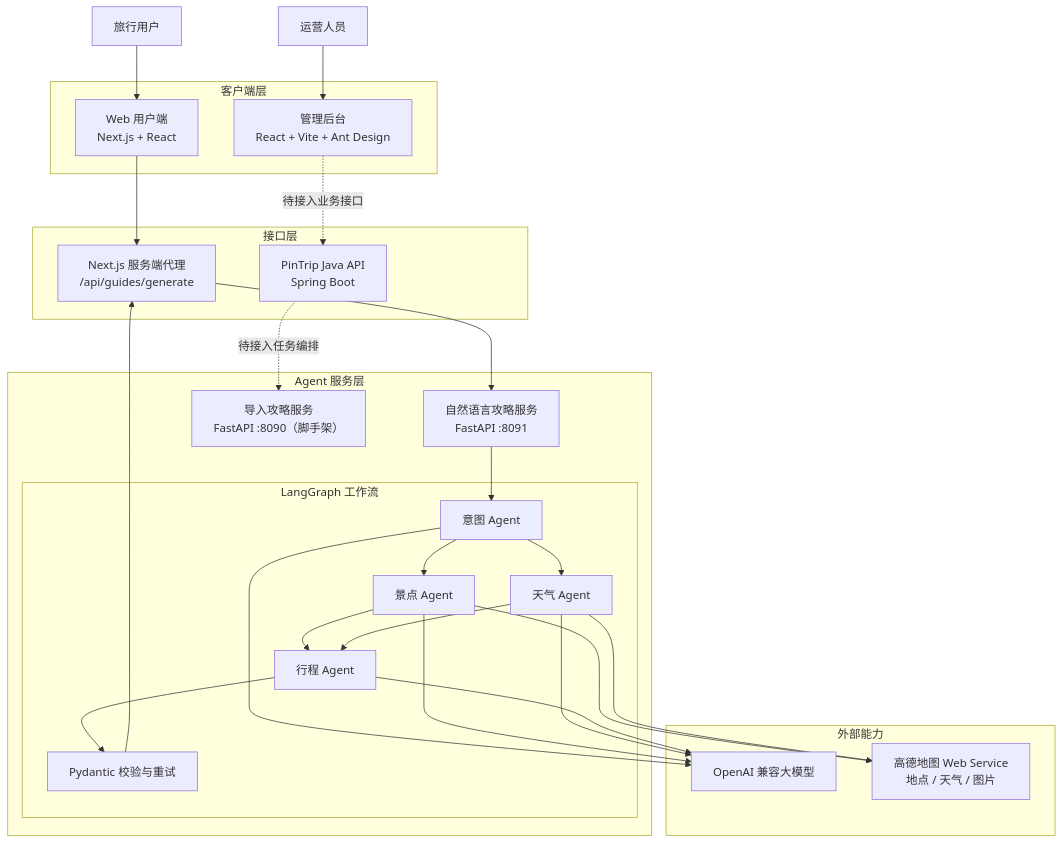
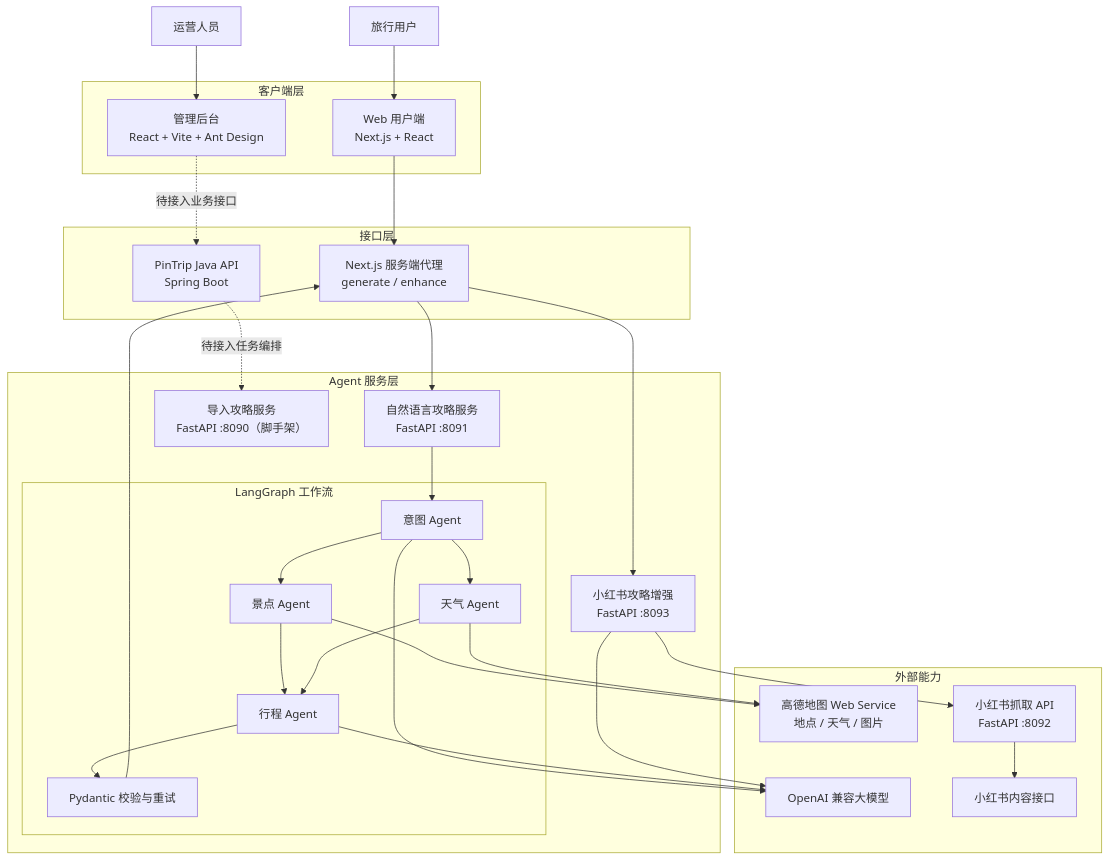
One commit to coderbruis/PinTrip changed the first of 2 diagrams in README.md. Above: the diagram before and after it, drawn with Mermaid. The commit also changed other lines of this file and 54 other files, not shown here.

````diff
--- a/README.md
+++ b/README.md
@@ -32,54 +32,59 @@
 ```mermaid
 flowchart TB
     USER["旅行用户"]
     OPERATOR["运营人员"]
     subgraph Client["客户端层"]
         WEB["Web 用户端<br/>Next.js + React"]
         ADMIN["管理后台<br/>React + Vite + Ant Design"]
     end
 
     subgraph Gateway["接口层"]
-        WEB_API["Next.js 服务端代理<br/>/api/guides/generate"]
+        WEB_API["Next.js 服务端代理<br/>generate / enhance"]
         JAVA_API["PinTrip Java API<br/>Spring Boot"]
     end
 
     subgraph AgentServices["Agent 服务层"]
         NATURAL["自然语言攻略服务<br/>FastAPI :8091"]
+        XHS_AGENT["小红书攻略增强<br/>FastAPI :8093"]
         IMPORT["导入攻略服务<br/>FastAPI :8090（脚手架）"]
 
         subgraph Workflow["LangGraph 工作流"]
             INTENT["意图 Agent"]
             ATTRACTION["景点 Agent"]
             WEATHER["天气 Agent"]
             ITINERARY["行程 Agent"]
             VALIDATE["Pydantic 校验与重试"]
         end
     end
 
     subgraph External["外部能力"]
         LLM["OpenAI 兼容大模型"]
         AMAP["高德地图 Web Service<br/>地点 / 天气 / 图片"]
+        CRAWLER["小红书抓取 API<br/>FastAPI :8092"]
+        XHS["小红书内容接口"]
     end
 
     USER --> WEB
     WEB --> WEB_API
     WEB_API --> NATURAL
+    WEB_API --> XHS_AGENT
     NATURAL --> INTENT
     INTENT --> ATTRACTION
     INTENT --> WEATHER
     ATTRACTION --> ITINERARY
     WEATHER --> ITINERARY
     ITINERARY --> VALIDATE
     VALIDATE --> WEB_API
 
     INTENT --> LLM
-    ATTRACTION --> LLM
-    WEATHER --> LLM
     ITINERARY --> LLM
+    XHS_AGENT --> LLM
+    XHS_AGENT --> CRAWLER
+    CRAWLER --> XHS
     ATTRACTION --> AMAP
     WEATHER --> AMAP
 
     OPERATOR --> ADMIN
     ADMIN -.->|待接入业务接口| JAVA_API
     JAVA_API -.->|待接入任务编排| IMPORT
 ```
````
